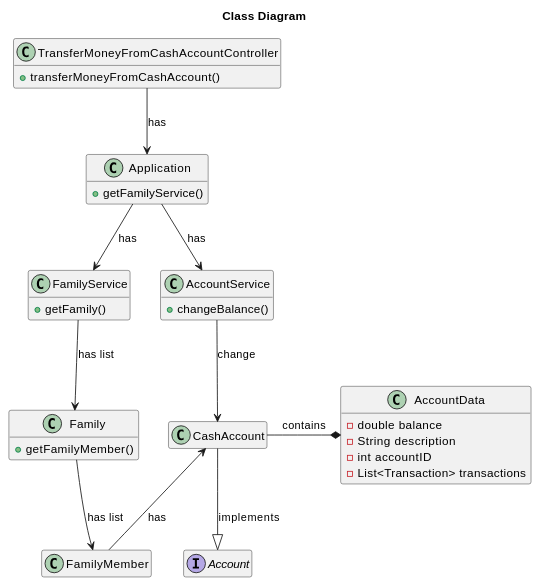
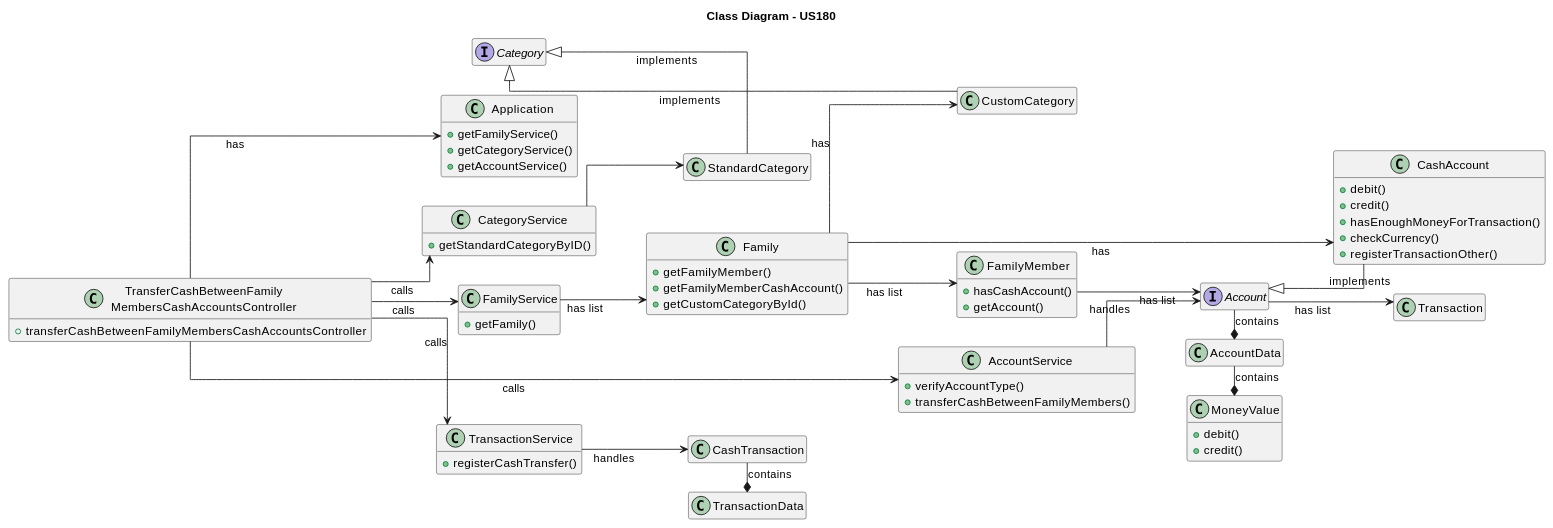
One commit to tomas-osswald/switch_2020_g3 changed the sixth of 6 diagrams in docs/sprint2/user_stories/US180_TransferMoneyFamilyMemberToFamilyMember.md. Above: the diagram before and after it, drawn with PlantUML. The commit also changed other lines of this file and 5 other files, not shown here.

````diff
--- a/docs/sprint2/user_stories/US180_TransferMoneyFamilyMemberToFamilyMember.md
+++ b/docs/sprint2/user_stories/US180_TransferMoneyFamilyMemberToFamilyMember.md
@@ -187,48 +342,106 @@
 ```puml
+left to right direction
+title Class Diagram - US180
+skinparam linetype ortho
 
-title Class Diagram
 hide empty members
 
-class TransferMoneyFromCashAccountController {
-+ transferMoneyFromCashAccount()
+class TransferCashBetweenFamily\nMembersCashAccountsController {
++transferCashBetweenFamilyMembersCashAccountsController
+}
+
+class Application {
++getFamilyService()
++getCategoryService()
++getAccountService()
+}
+
+class CategoryService {
++getStandardCategoryByID()
+}
+interface Category{
+}
+
+class StandardCategory {
+}
+
+class CustomCategory {
+}
+
+class FamilyService {
++getFamily()
+}
+
+class Family {
++getFamilyMember()
++getFamilyMemberCashAccount()
++getCustomCategoryById()
+}
+
+class FamilyMember {
++hasCashAccount()
++getAccount()
+}
+
+class AccountService {
++verifyAccountType()
++transferCashBetweenFamilyMembers()
+}
+
+class TransactionService {
++registerCashTransfer()
 }
 
 class CashAccount {
++debit()
++credit()
++hasEnoughMoneyForTransaction()
++checkCurrency()
++registerTransactionOther()
 }
 
-class Application {
-+ getFamilyService()
+class Account {
 }
 
-class FamilyService {
-+ getFamily()
+class MoneyValue {
++debit()
++credit()
 }
 
-class Family {
-+ getFamilyMember()
+class CashTransaction {
 }
 
-class AccountService {
-+ changeBalance()
+class TransactionData {
+
 }
 
-class AccountData {
-- double balance
-- String description
-- int accountID
-- List<Transaction> transactions
+interface Account {
 }
 
-interface Account {}
+TransferCashBetweenFamily\nMembersCashAccountsController --> Application : has
+TransferCashBetweenFamily\nMembersCashAccountsController--> FamilyService : calls
+TransferCashBetweenFamily\nMembersCashAccountsController --> CategoryService : calls
+TransferCashBetweenFamily\nMembersCashAccountsController --> AccountService : calls
+TransferCashBetweenFamily\nMembersCashAccountsController --> TransactionService : calls
+CategoryService --> StandardCategory
+'CategoryService -left-> CategoryTreeDTO : creates
+'FamilyService -right-> FamilyWithoutAdministratorDTO : creates
+FamilyService --> Family : has list
+Family --> CashAccount : has
+Family --> CustomCategory : \n\n has
+Family --> FamilyMember : has list
+Category <|-- StandardCategory : implements
+Category <|-right- CustomCategory : implements
+FamilyMember --> Account : has list
+Account <|-- CashAccount : implements
+Account -* AccountData : contains
+AccountService --> Account: handles
 
-TransferMoneyFromCashAccountController --> Application : has
-Application --> FamilyService : has
-Application --> AccountService : has
-FamilyService --> Family : has list
-Family --> FamilyMember : has list
-AccountService --> CashAccount : change
-CashAccount --|> Account : implements
-CashAccount -* AccountData : contains
-CashAccount <-- FamilyMember : has
+TransactionService --> CashTransaction: handles
+Account --> Transaction: has list
+
+AccountData -* MoneyValue : contains
+
+CashTransaction -* TransactionData : contains
 
 ```
````
